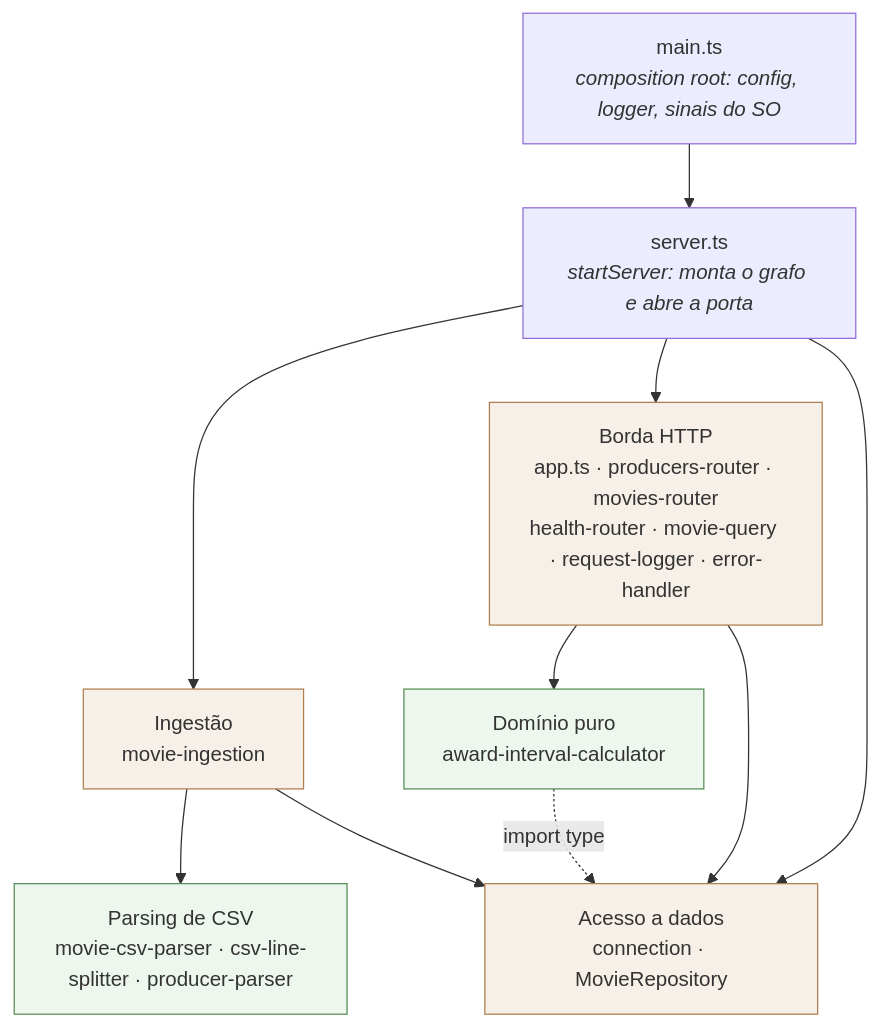
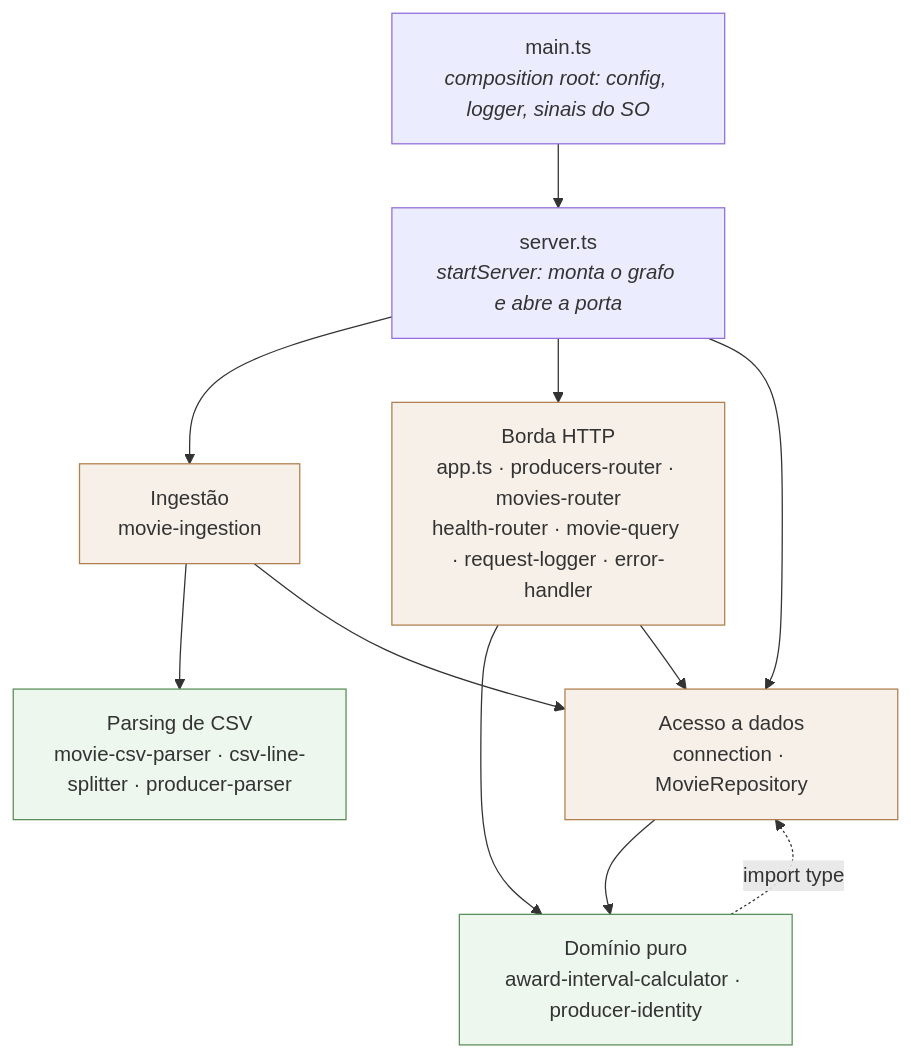
One commit to bdfdm25/golden-raspberry-api changed the first of 8 diagrams in docs/architecture.md. Above: the diagram before and after it, drawn with Mermaid. The commit also changed other lines of this file and 4 other files, not shown here.

````diff
--- a/docs/architecture.md
+++ b/docs/architecture.md
@@ -26,25 +26,26 @@
 ```mermaid
 flowchart TD
     main["main.ts<br/><i>composition root: config, logger, sinais do SO</i>"]
     server["server.ts<br/><i>startServer: monta o grafo e abre a porta</i>"]
     http["Borda HTTP<br/>app.ts · producers-router · movies-router<br/>health-router · movie-query · request-logger · error-handler"]
-    domain["Domínio puro<br/>award-interval-calculator"]
+    domain["Domínio puro<br/>award-interval-calculator · producer-identity"]
     ingestion["Ingestão<br/>movie-ingestion"]
     csv["Parsing de CSV<br/>movie-csv-parser · csv-line-splitter · producer-parser"]
     data["Acesso a dados<br/>connection · MovieRepository"]
 
     main --> server
     server --> ingestion
     server --> http
     server --> data
     ingestion --> csv
     ingestion --> data
     http --> domain
     http --> data
+    data --> domain
     domain -. "import type" .-> data
 
     classDef pure fill:#eef7ee,stroke:#5a8f5a
     classDef io fill:#f7f0e8,stroke:#b08050
     class domain,csv pure
     class http,ingestion,data io
 ```
````
